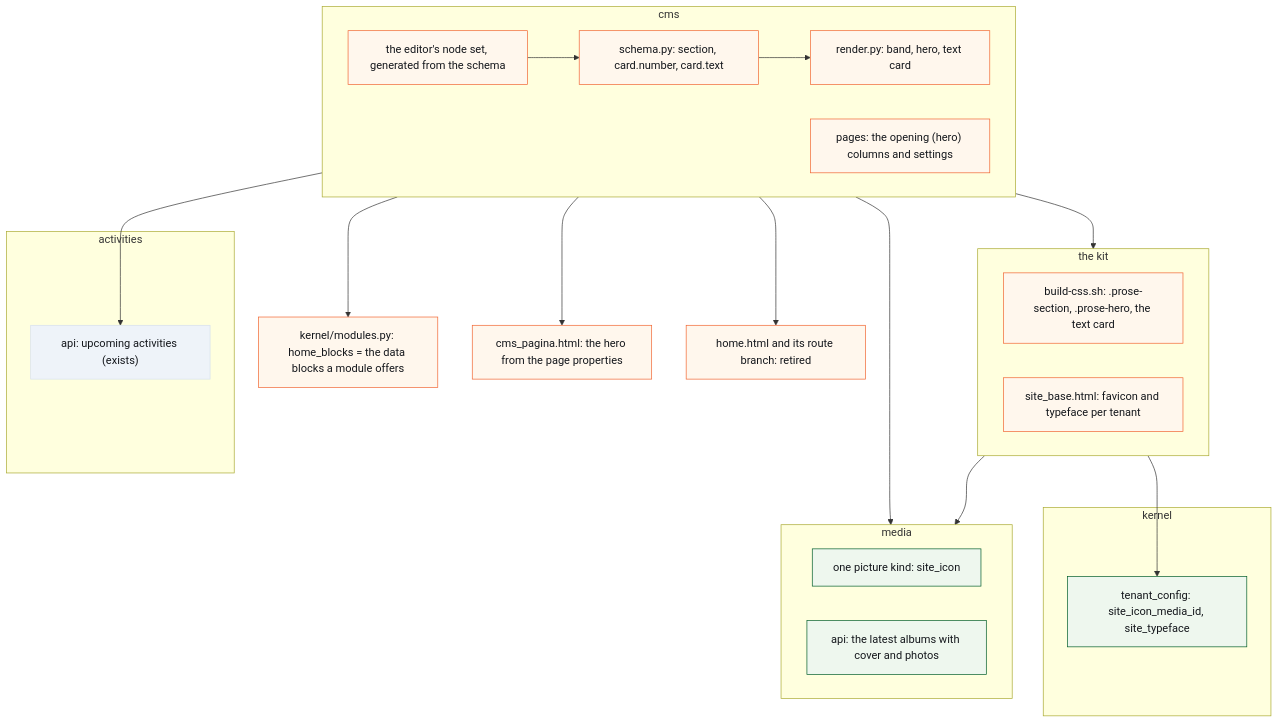
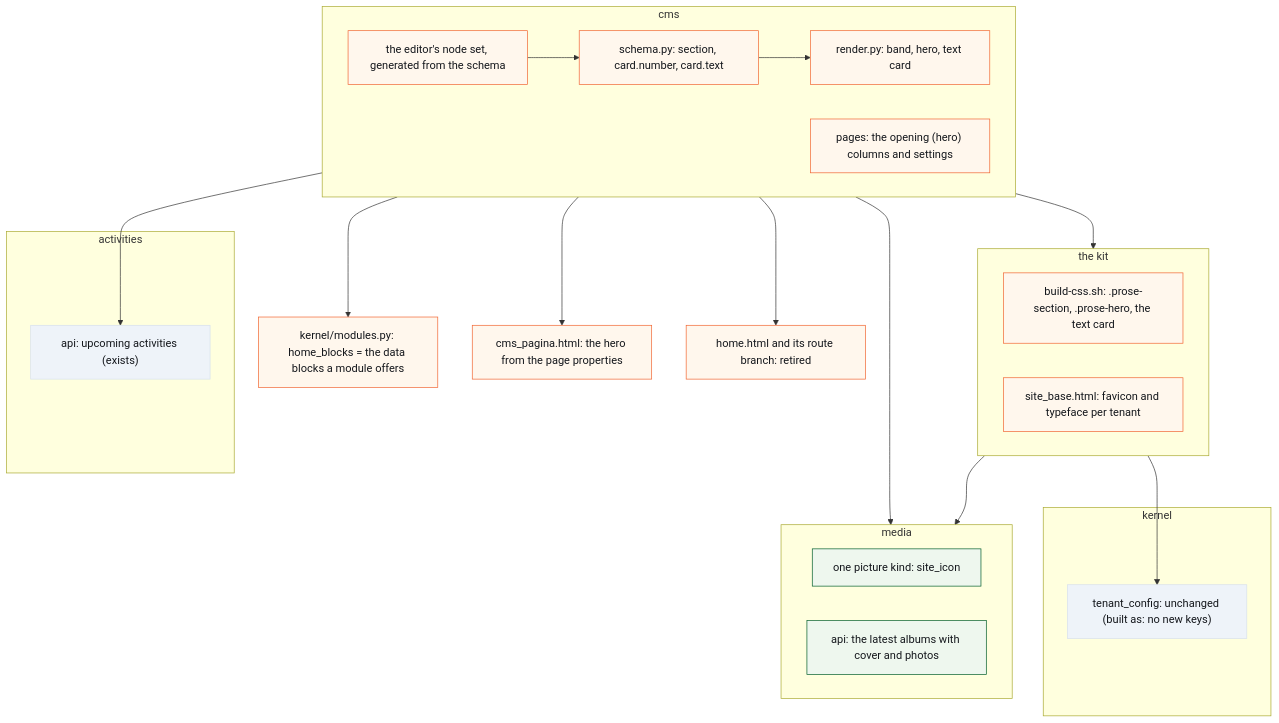
One commit to KoenRenders/KoenTest changed the third of 3 diagrams in docs/change_request_32_sections_cards_and_own_look.md. Above: the diagram before and after it, drawn with Mermaid. The commit also changed other lines of this file, not shown here.

First line of the commit message:
docs(cr-32): closed out as built in v2.17.0 (phase 3 in part); B9 rows folded into the text

````diff
--- a/docs/change_request_32_sections_cards_and_own_look.md
+++ b/docs/change_request_32_sections_cards_and_own_look.md
@@ -201,43 +205,44 @@
 ```mermaid
 flowchart TB
   subgraph CMS["cms"]
     direction LR
     SCH["schema.py: section, card.number, card.text"]
     PG["pages: the opening (hero) columns and settings"]
     REN["render.py: band, hero, text card"]
     ED["the editor's node set, generated from the schema"]
   end
   subgraph KIT["the kit"]
     direction LR
     CSS["build-css.sh: .prose-section, .prose-hero, the text card"]
     SHELL["site_base.html: favicon and typeface per tenant"]
   end
   subgraph KERNEL["kernel"]
-    TC["tenant_config: site_icon_media_id, site_typeface"]
+    TC["tenant_config: unchanged (built as: no new keys)"]
   end
   subgraph MEDIA["media"]
     direction LR
     KIND["one picture kind: site_icon"]
     ALB["api: the latest albums with cover and photos"]
   end
   subgraph ACT["activities"]
     ACTAPI["api: upcoming activities (exists)"]
   end
   REG["kernel/modules.py: home_blocks = the data blocks a module offers"]
   TPL["cms_pagina.html: the hero from the page properties"]
   HOME["home.html and its route branch: retired"]
   ED --> SCH --> REN --> CSS
   SHELL --> TC
   SHELL --> KIND
   REN --> TPL
   REN --> ALB
   REN --> ACTAPI
   ED --> REG
   REN --> HOME
   classDef new fill:#eef7ee,stroke:#005d29,color:#14171c;
   classDef changed fill:#fff7ed,stroke:#f16532,color:#14171c;
   classDef unchanged fill:#eef3f9,stroke:#d7e0ec,color:#14171c;
-  class TC,KIND,ALB new
+  class KIND,ALB new
   class SCH,REN,ED,CSS,SHELL,TPL,REG,HOME,PG changed
+  class TC unchanged
   class ACTAPI unchanged
 ```
````
